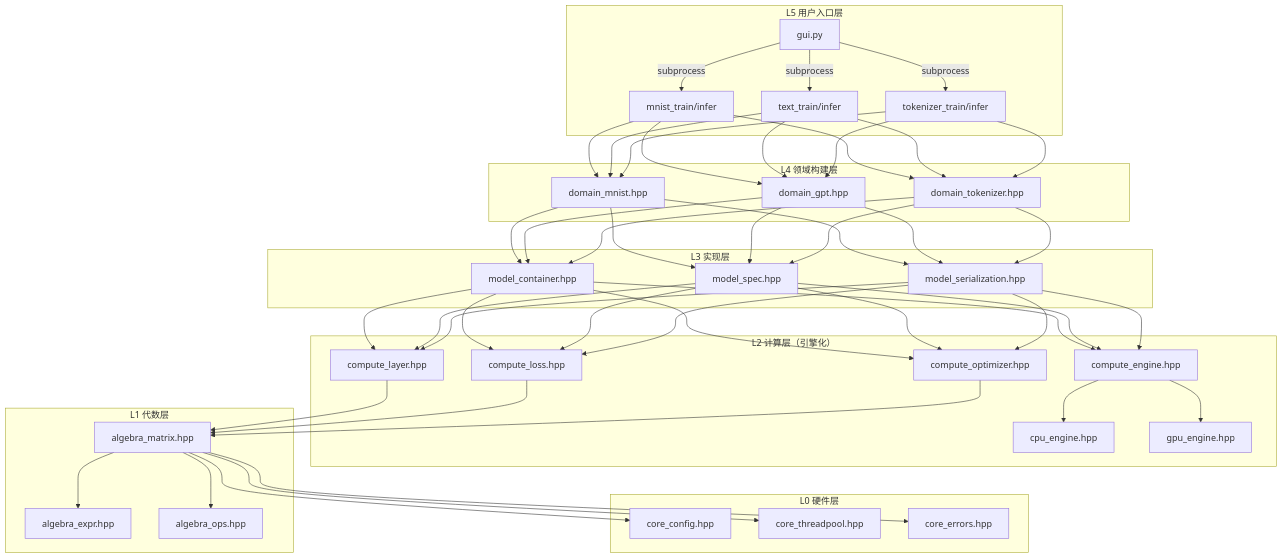
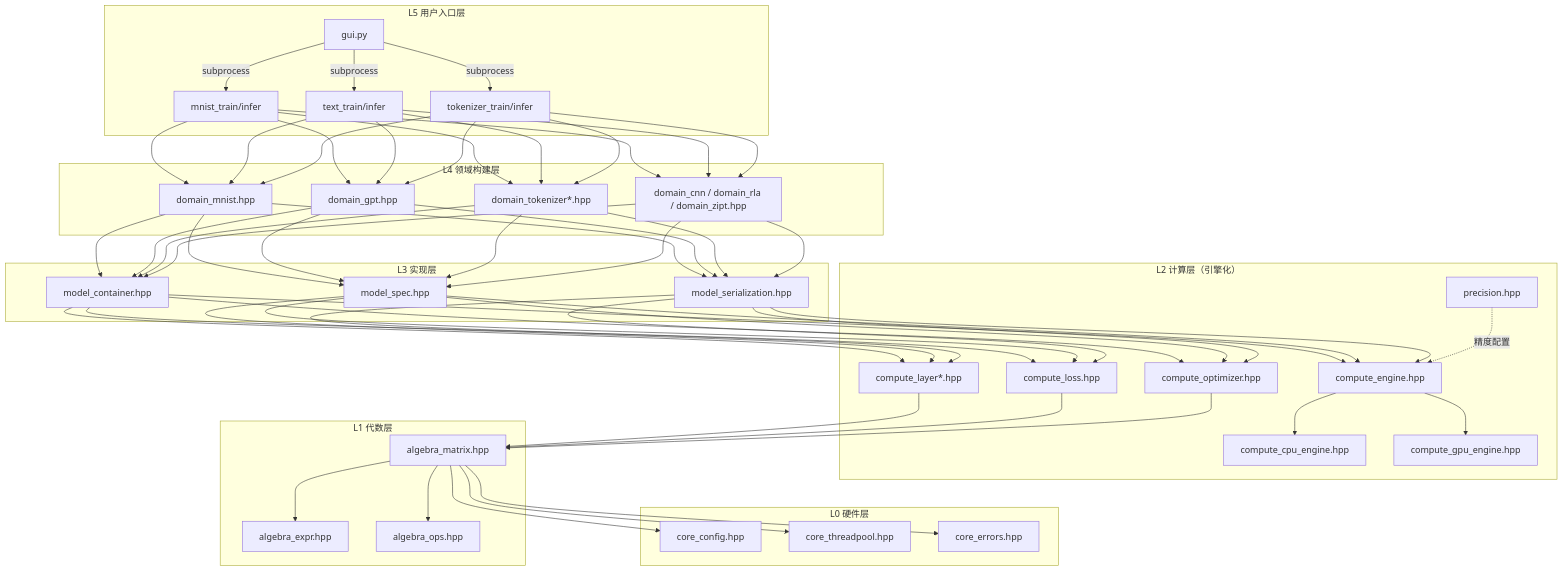
Before and after one commit to EthanPeng-2048/neuralnet.cpp: the diagram in AGENTS.md, drawn with Mermaid. The commit also changed other lines of this file, not shown here.

````diff
--- a/AGENTS.md
+++ b/AGENTS.md
@@ -48,51 +52,54 @@
 ```mermaid
 graph TB
     subgraph "L5 用户入口层"
         A["mnist_train/infer"]
         B["text_train/infer"]
         C["tokenizer_train/infer"]
         D["gui.py"]
     end
     
     subgraph "L4 领域构建层"
         E["domain_mnist.hpp"]
         F["domain_gpt.hpp"]
-        G["domain_tokenizer.hpp"]
+        G["domain_tokenizer*.hpp"]
+        F2["domain_cnn / domain_rla / domain_zipt.hpp"]
     end
     
     subgraph "L3 实现层"
         H["model_container.hpp"]
         I["model_spec.hpp"]
         J["model_serialization.hpp"]
     end
     
     subgraph "L2 计算层（引擎化）"
         K["compute_engine.hpp"]
-        L["cpu_engine.hpp"]
-        M["gpu_engine.hpp"]
-        N["compute_layer.hpp"]
+        L["compute_cpu_engine.hpp"]
+        M["compute_gpu_engine.hpp"]
+        N["compute_layer*.hpp"]
         O["compute_loss.hpp"]
         P["compute_optimizer.hpp"]
+        P2["precision.hpp"]
     end
     
     subgraph "L1 代数层"
         Q["algebra_matrix.hpp"]
         R["algebra_expr.hpp"]
         S["algebra_ops.hpp"]
     end
     
     subgraph "L0 硬件层"
         V["core_config.hpp"]
         W["core_threadpool.hpp"]
         X["core_errors.hpp"]
     end
     
     D -->|subprocess| A & B & C
-    A & B & C --> E & F & G
-    E & F & G --> H & I & J
+    A & B & C --> E & F & G & F2
+    E & F & G & F2 --> H & I & J
     H & I & J --> K & N & O & P
     K --> L & M
     N & O & P --> Q
+    P2 -.精度配置.-> K
     Q --> R & S
     Q --> V & W & X
 ```
````
